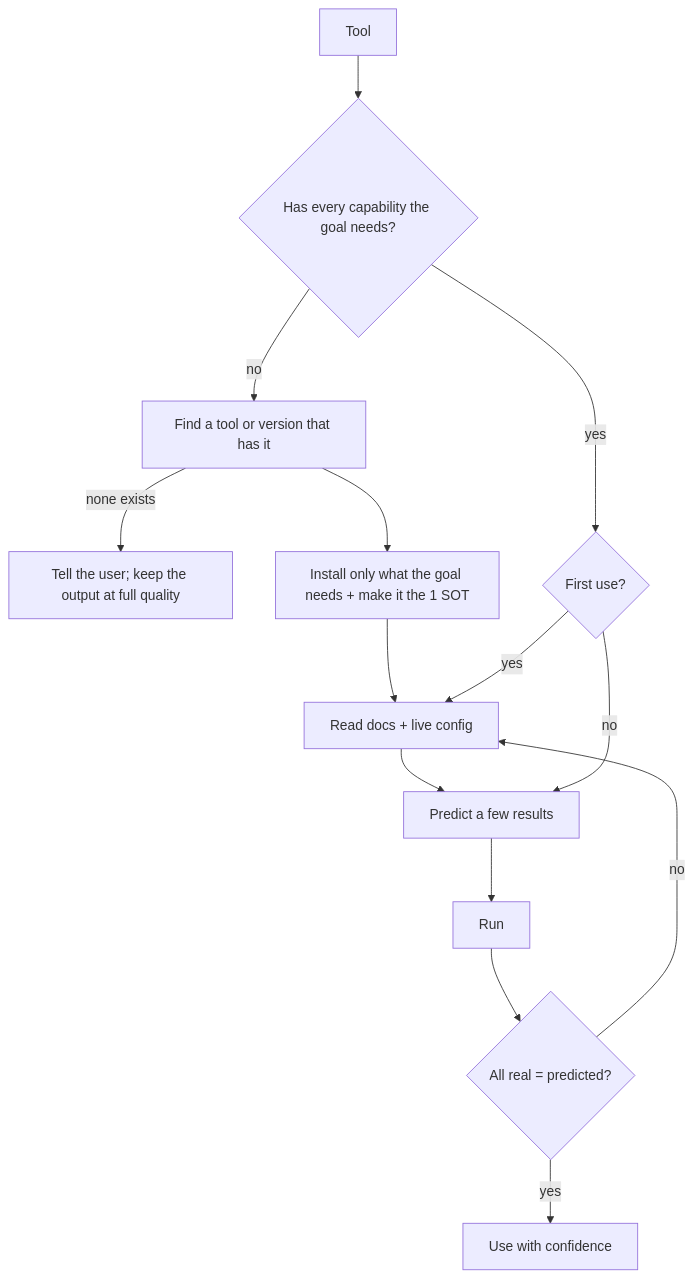
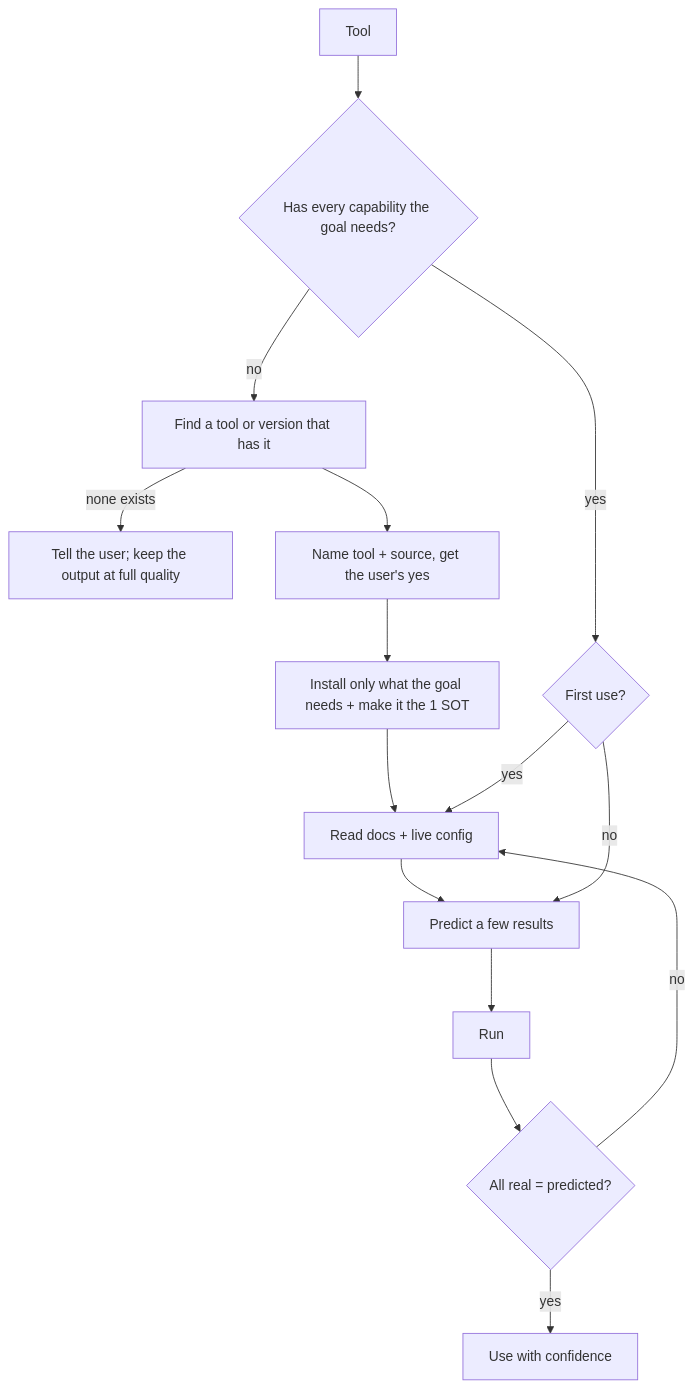
The fifth of 14 diagrams in AGENTS.md (SolenixAI/arbiter), drawn with Mermaid before and after one commit. The commit also changed other lines of this file, not shown here.

````diff
--- a/AGENTS.md
+++ b/AGENTS.md
@@ -192,13 +192,13 @@
 ```mermaid
 flowchart TD
   T[Tool] --> H{Has every capability the goal needs?}
   H -->|no| F[Find a tool or version that has it]
   F -->|none exists| X[Tell the user; keep the output at full quality]
-  F --> I[Install only what the goal needs + make it the 1 SOT] --> D
+  F --> Y[Name tool + source, get the user's yes] --> I[Install only what the goal needs + make it the 1 SOT] --> D
   H -->|yes| FU{First use?}
   FU -->|yes| D[Read docs + live config] --> P[Predict a few results] --> R[Run]
   FU -->|no| P
   R --> C{All real = predicted?}
   C -->|no| D
   C -->|yes| U[Use with confidence]
 ```
````
